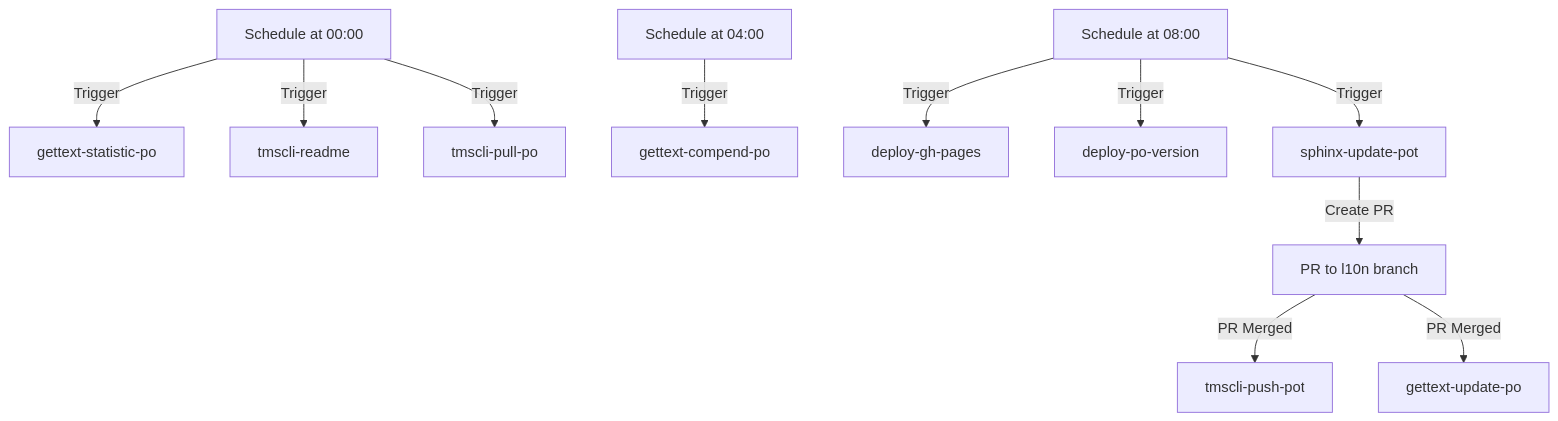
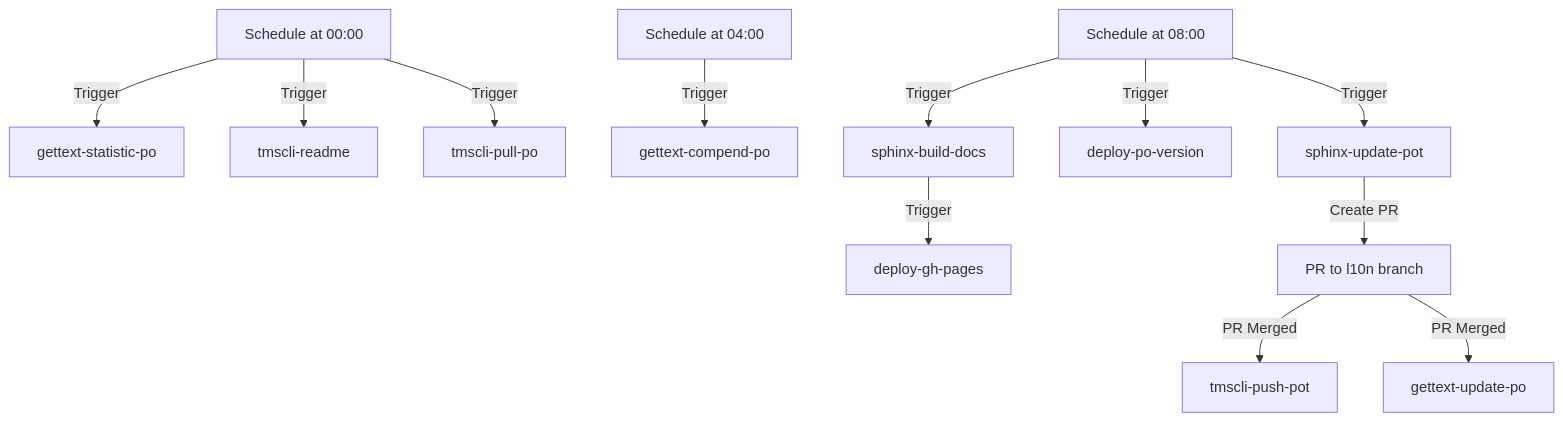
One commit to hwhsu1231/cmake-docs-l10n-v7 changed the first of 3 diagrams in MERMAID.md. Above: the diagram before and after it, drawn with Mermaid. The commit also changed 1 other file, not shown here.

````diff
--- a/MERMAID.md
+++ b/MERMAID.md
@@ -4,16 +4,17 @@
 ```mermaid
 graph TD
-    A[Schedule at 00:00] -->|Trigger| B[gettext-statistic-po]
+    A[Schedule at 00:00]
+    A -->|Trigger| B[gettext-statistic-po]
     A -->|Trigger| C[tmscli-readme]
     A -->|Trigger| D[tmscli-pull-po]
-    
+
     E[Schedule at 04:00] -->|Trigger| F[gettext-compend-po]
-    
-    G[Schedule at 08:00] -->|Trigger| H[deploy-gh-pages]
-    G -->|Trigger| I[deploy-po-version]
-    G -->|Trigger| J[sphinx-update-pot]
-    
-    J -->|Create PR| K[PR to l10n branch]
-    K -->|PR Merged| L[tmscli-push-pot]
-    K -->|PR Merged| M[gettext-update-po]
+
+    H[Schedule at 08:00]
+    H -->|Trigger| I[sphinx-build-docs] -->|Trigger| J[deploy-gh-pages]
+    H -->|Trigger| G[deploy-po-version]
+    H -->|Trigger| K[sphinx-update-pot]
+    K -->|Create PR| L[PR to l10n branch]
+    L -->|PR Merged| M[tmscli-push-pot]
+    L -->|PR Merged| N[gettext-update-po]
 ```
````
